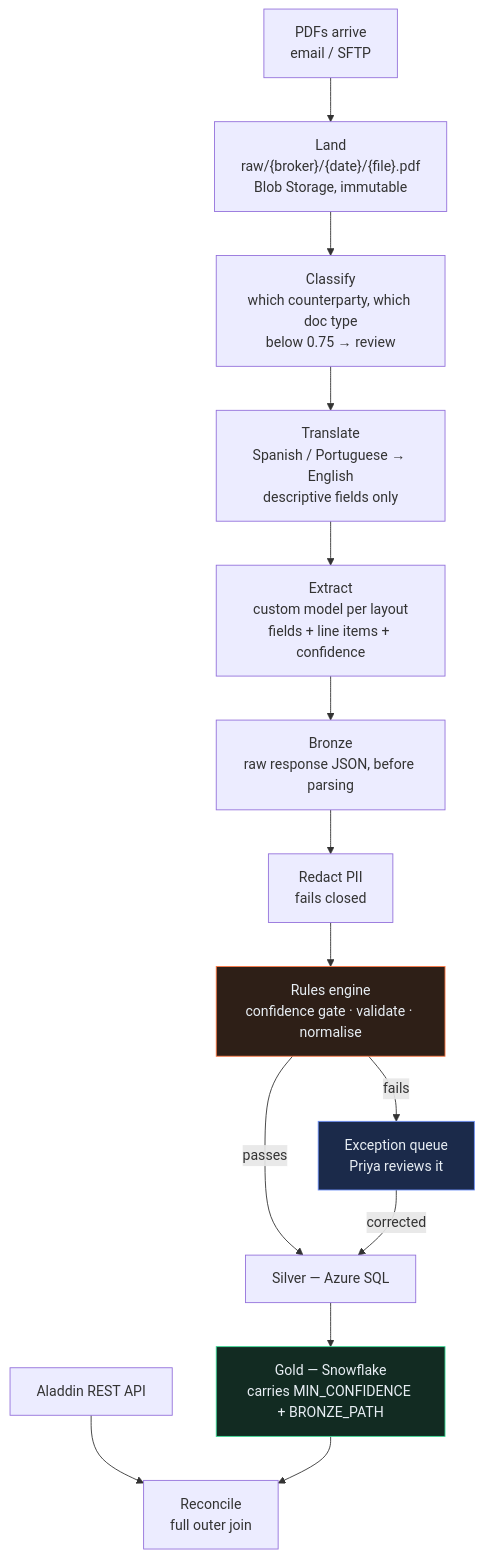
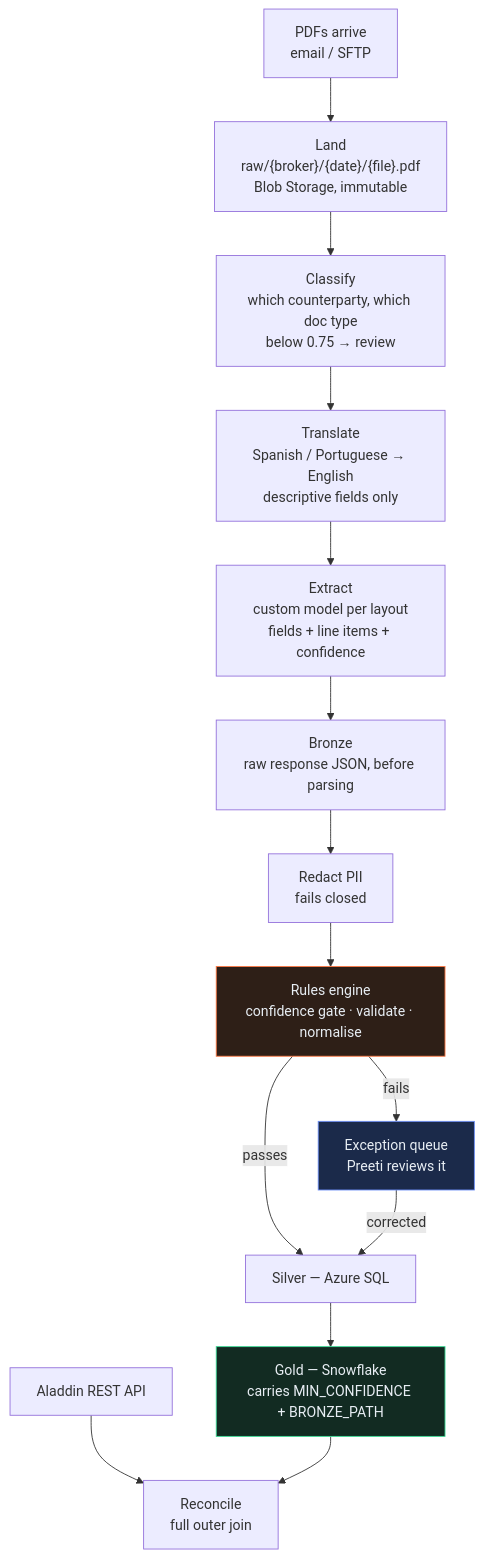
Before and after one commit to hemsingh81/learning-system-designs: the second of 2 diagrams in AI-Agile-Development/Case-Study/Python-ETL/00-the-brief.md, drawn with Mermaid. The commit also changed other lines of this file and 99 other files, not shown here.

````diff
--- a/AI-Agile-Development/Case-Study/Python-ETL/00-the-brief.md
+++ b/AI-Agile-Development/Case-Study/Python-ETL/00-the-brief.md
@@ -328,20 +328,20 @@
 ```mermaid
 flowchart TD
     A["PDFs arrive<br/>email / SFTP"] --> B["Land<br/>raw/{broker}/{date}/{file}.pdf<br/>Blob Storage, immutable"]
     B --> C["Classify<br/>which counterparty, which doc type<br/>below 0.75 → review"]
     C --> D["Translate<br/>Spanish / Portuguese → English<br/>descriptive fields only"]
     D --> E["Extract<br/>custom model per layout<br/>fields + line items + confidence"]
     E --> F["Bronze<br/>raw response JSON, before parsing"]
     F --> G["Redact PII<br/>fails closed"]
     G --> H["Rules engine<br/>confidence gate · validate · normalise"]
     H -->|passes| I["Silver — Azure SQL"]
-    H -->|fails| Q["Exception queue<br/>Priya reviews it"]
+    H -->|fails| Q["Exception queue<br/>Preeti reviews it"]
     Q -->|corrected| I
     I --> J["Gold — Snowflake<br/>carries MIN_CONFIDENCE + BRONZE_PATH"]
     K["Aladdin REST API"] --> L["Reconcile<br/>full outer join"]
     J --> L
 
     style H fill:#2E1F17,stroke:#FF7A45,color:#E8EEF4
     style Q fill:#1B2A4A,stroke:#6C8EF5,color:#E8EEF4
     style J fill:#122B22,stroke:#3DDC97,color:#E8EEF4
 ```
````
